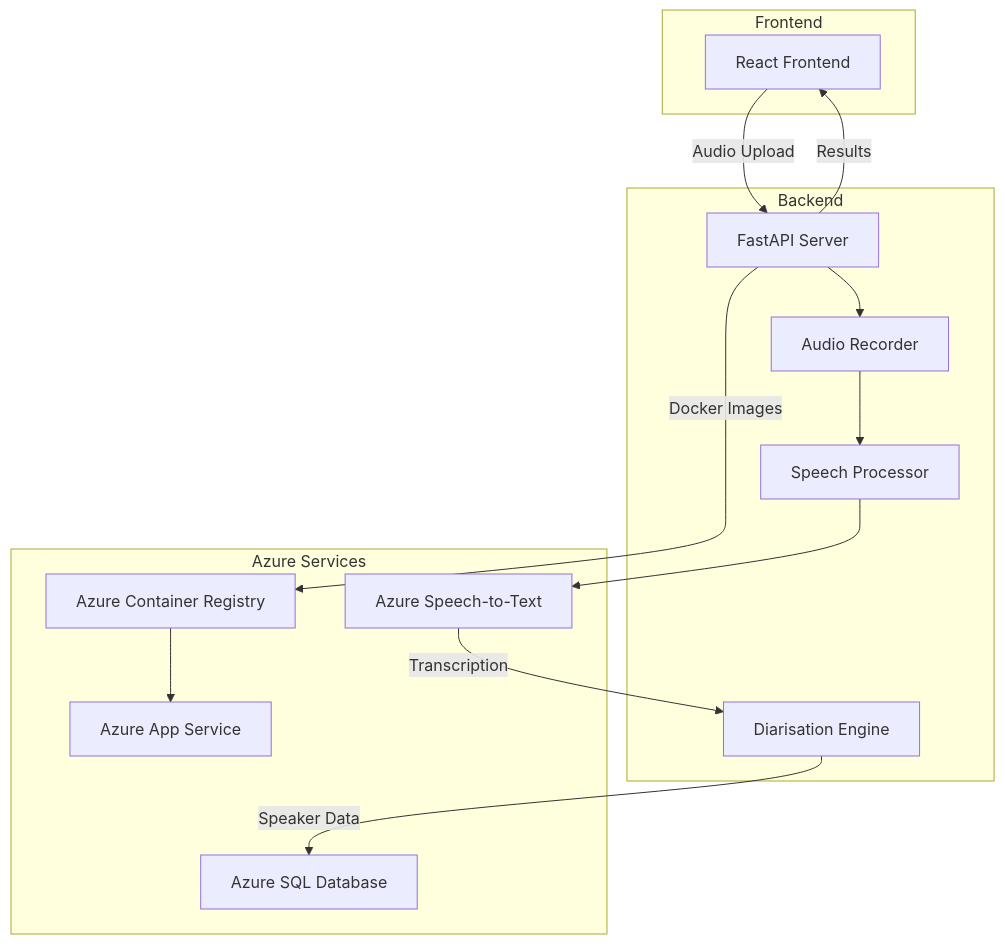
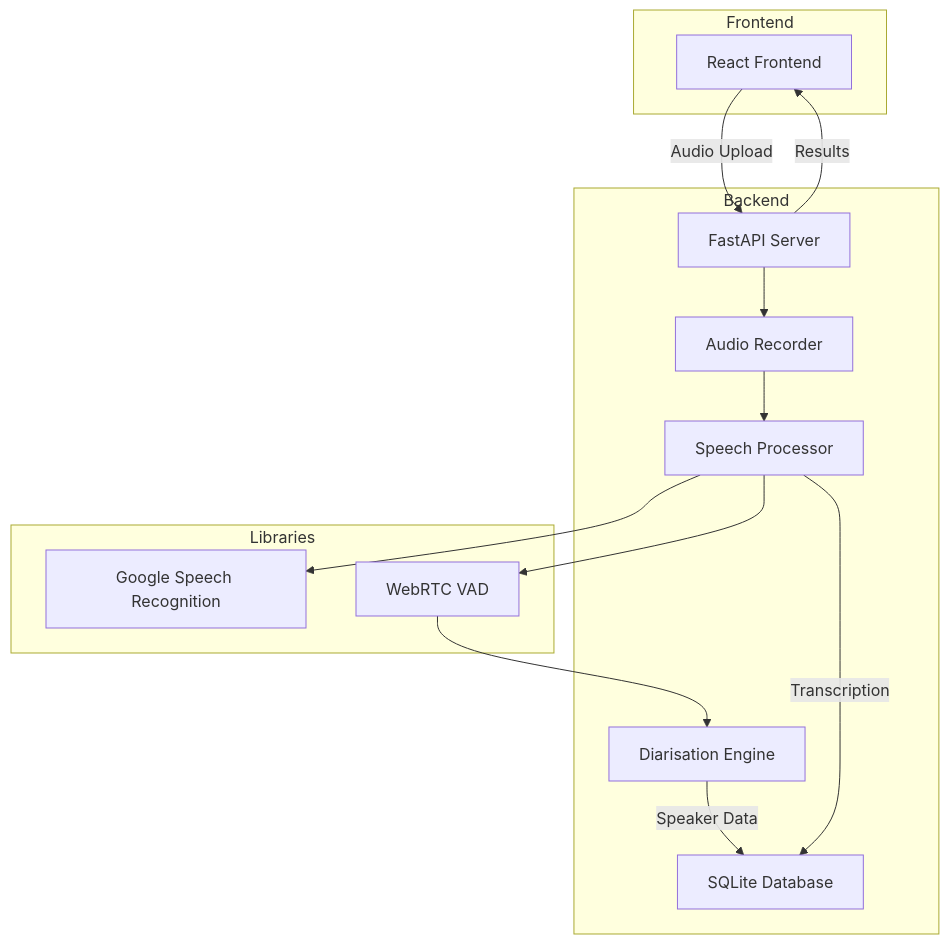
One commit to AL-Kaisi/conversation-voice-analyser changed the first of 2 diagrams in README.md. Above: the diagram before and after it, drawn with Mermaid. The commit also changed other lines of this file, not shown here.

Commit message:
removed azure set up

````diff
--- a/README.md
+++ b/README.md
@@ -18,31 +18,29 @@
 ```mermaid
 graph TB
     subgraph Frontend
         UI[React Frontend]
     end
     
     subgraph Backend
         API[FastAPI Server]
         AR[Audio Recorder]
         SP[Speech Processor]
         D[Diarisation Engine]
+        DB[SQLite Database]
     end
     
-    subgraph Azure Services
-        AST[Azure Speech-to-Text]
-        ADB[Azure SQL Database]
-        ACR[Azure Container Registry]
-        AAS[Azure App Service]
+    subgraph Libraries
+        SR[Google Speech Recognition]
+        VAD[WebRTC VAD]
     end
     
     UI -->|Audio Upload| API
     API --> AR
     AR --> SP
-    SP --> AST
-    AST -->|Transcription| D
-    D -->|Speaker Data| ADB
+    SP --> SR
+    SP --> VAD
+    VAD --> D
+    D -->|Speaker Data| DB
+    SP -->|Transcription| DB
     API -->|Results| UI
-    
-    API -->|Docker Images| ACR
-    ACR --> AAS
 ```
````
